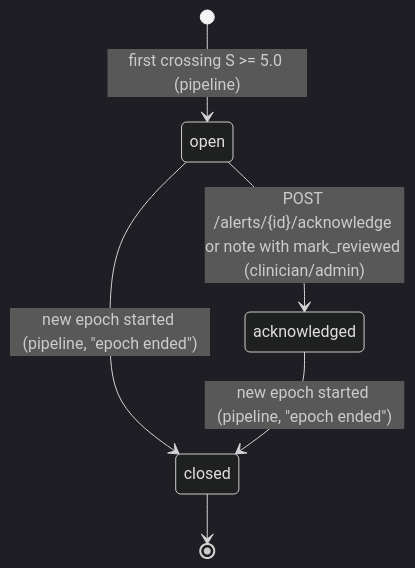
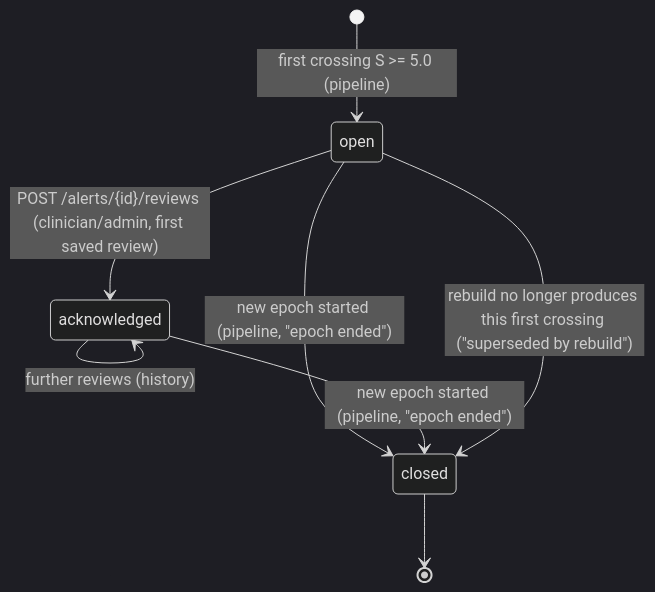
One commit to EchoWellApp/echowell changed the diagram in specs/TRD/09_CUSUM_and_Alerting_Spec.md. Above: the diagram before and after it, drawn with Mermaid (dark theme). The commit also changed other lines of this file and 7 other files, not shown here.

````diff
--- a/specs/TRD/09_CUSUM_and_Alerting_Spec.md
+++ b/specs/TRD/09_CUSUM_and_Alerting_Spec.md
@@ -105,8 +113,12 @@
 ```mermaid
 stateDiagram-v2
   [*] --> open: first crossing S >= 5.0 (pipeline)
-  open --> acknowledged: POST /alerts/{id}/acknowledge or note with mark_reviewed (clinician/admin)
+    open --> acknowledged: POST /alerts/{id}/reviews (clinician/admin, first saved review)
+  acknowledged --> acknowledged: further reviews (history)
+
   open --> closed: new epoch started (pipeline, "epoch ended")
-  acknowledged --> closed: new epoch started (pipeline, "epoch ended")
+    acknowledged --> closed: new epoch started (pipeline, "epoch ended")
+  open --> closed: rebuild no longer produces this first crossing ("superseded by rebuild")
+
   closed --> [*]
 ```
````
